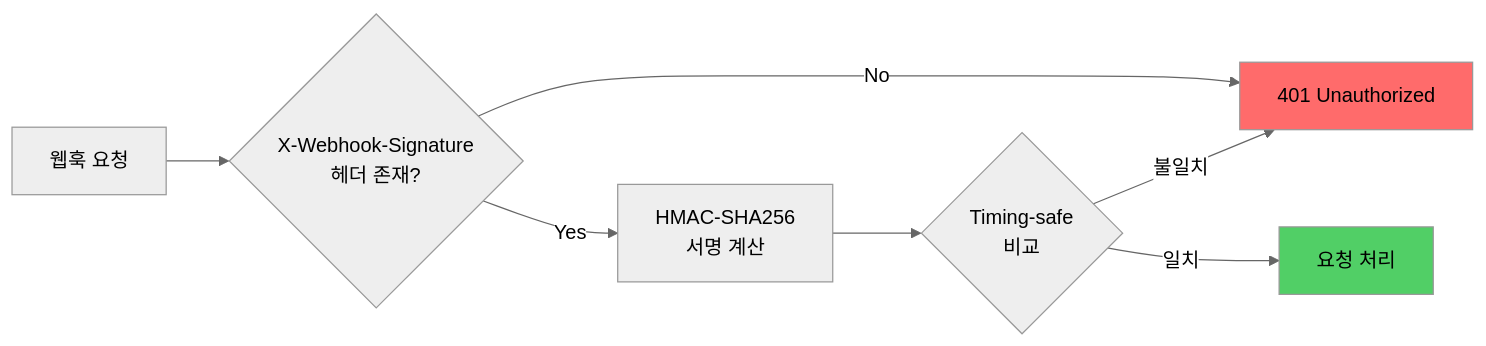
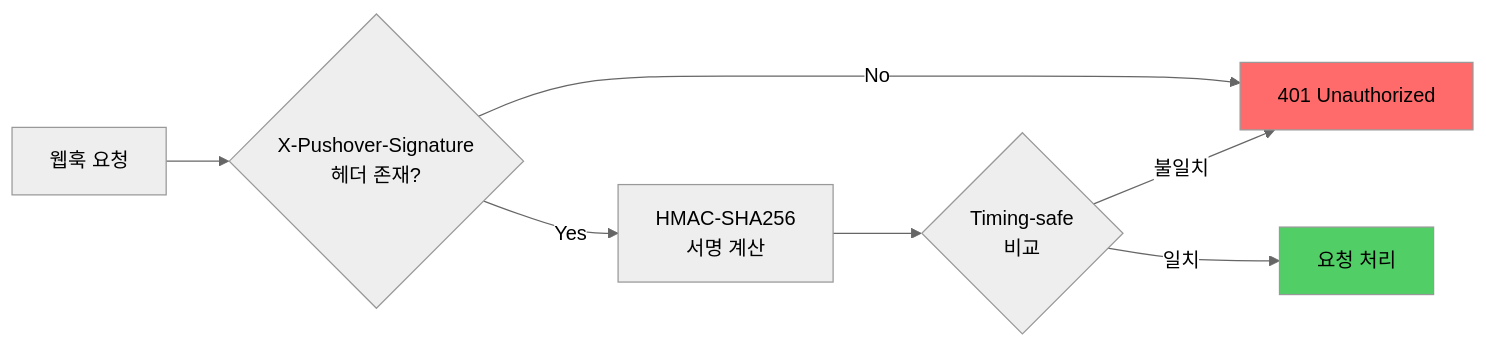
Before and after one commit to deuxksy/PushOver: the fifth of 5 diagrams in README.md, drawn with Mermaid (neutral theme). The commit also changed other lines of this file, not shown here.

````diff
--- a/README.md
+++ b/README.md
@@ -126,12 +110,12 @@
 ```mermaid
 flowchart LR
-    A[웹훅 요청] --> B{X-Webhook-Signature<br/>헤더 존재?}
+    A[웹훅 요청] --> B{X-Pushover-Signature<br/>헤더 존재?}
     B -->|No| C[401 Unauthorized]
     B -->|Yes| D[HMAC-SHA256<br/>서명 계산]
     D --> E{Timing-safe<br/>비교}
     E -->|불일치| C
     E -->|일치| F[요청 처리]
 
     style C fill:#ff6b6b
     style F fill:#51cf66
 ```
````
